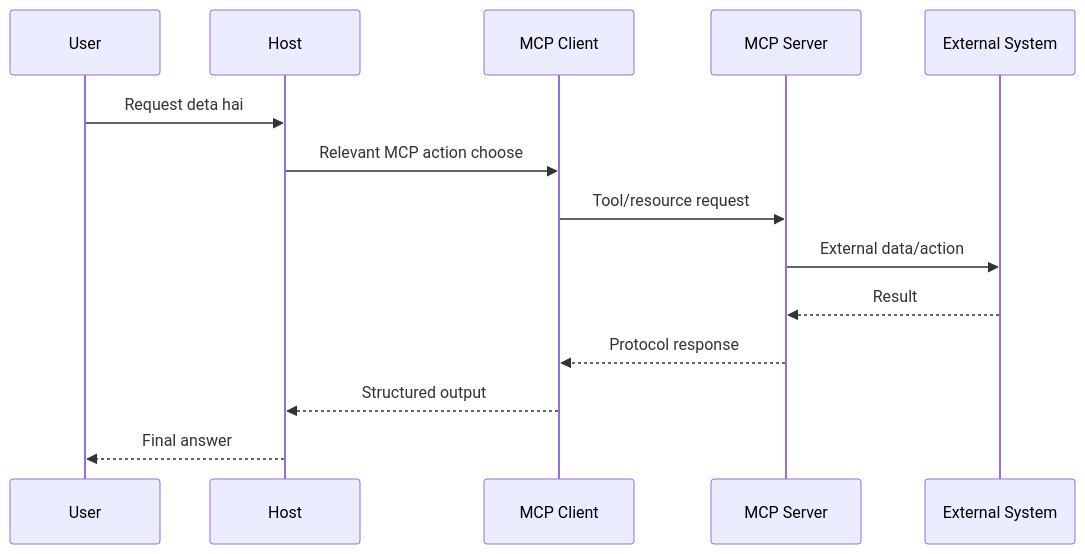
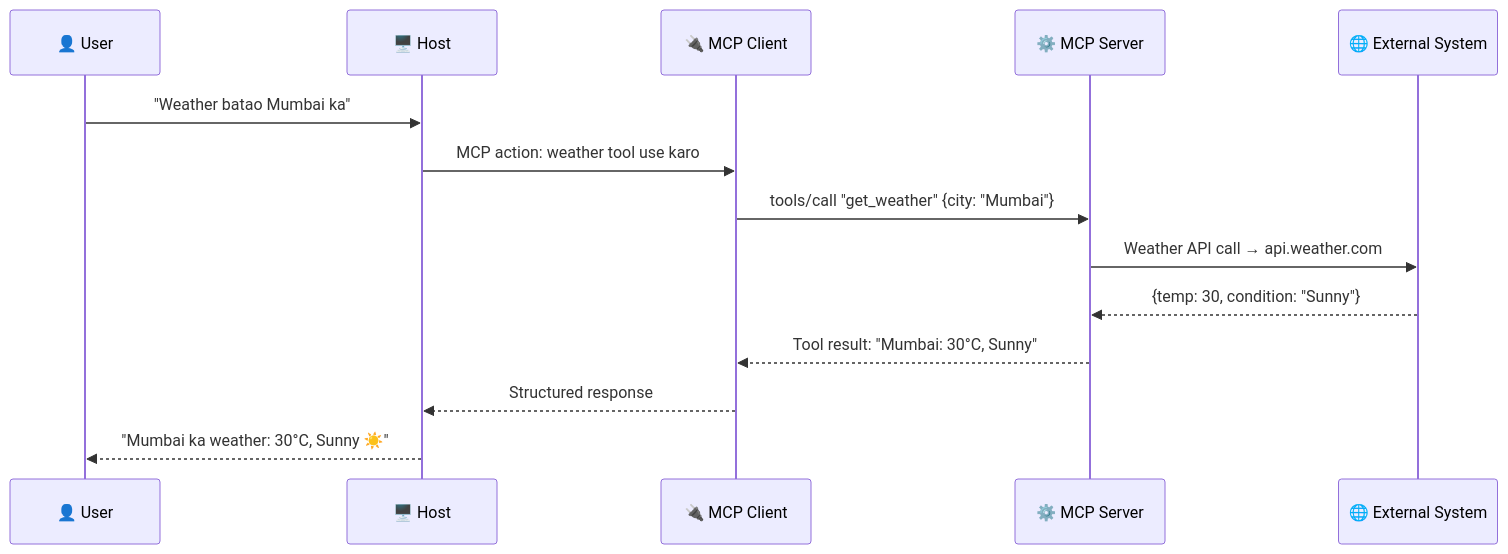
The sixth of 14 diagrams in docs/ai/MCP_Guide.md (Sameer-Malik20/SusaGPT-Build-LLM-From-Scratch-With-Hinglish-Learning-Material), drawn with Mermaid before and after one commit. The commit also changed other lines of this file and 10 other files, not shown here.

````diff
--- a/docs/ai/MCP_Guide.md
+++ b/docs/ai/MCP_Guide.md
@@ -199,17 +183,17 @@
 ```mermaid
 sequenceDiagram
-    participant U as User
-    participant H as Host
-    participant C as MCP Client
-    participant S as MCP Server
-    participant X as External System
+    participant U as 👤 User
+    participant H as 🖥️ Host
+    participant C as 🔌 MCP Client
+    participant S as ⚙️ MCP Server
+    participant X as 🌐 External System
 
-    U->>H: Request deta hai
-    H->>C: Relevant MCP action choose
-    C->>S: Tool/resource request
-    S->>X: External data/action
-    X-->>S: Result
-    S-->>C: Protocol response
-    C-->>H: Structured output
-    H-->>U: Final answer
+    U->>H: "Weather batao Mumbai ka"
+    H->>C: MCP action: weather tool use karo
+    C->>S: tools/call "get_weather" {city: "Mumbai"}
+    S->>X: Weather API call → api.weather.com
+    X-->>S: {temp: 30, condition: "Sunny"}
+    S-->>C: Tool result: "Mumbai: 30°C, Sunny"
+    C-->>H: Structured response
+    H-->>U: "Mumbai ka weather: 30°C, Sunny ☀️"
 ```
````
